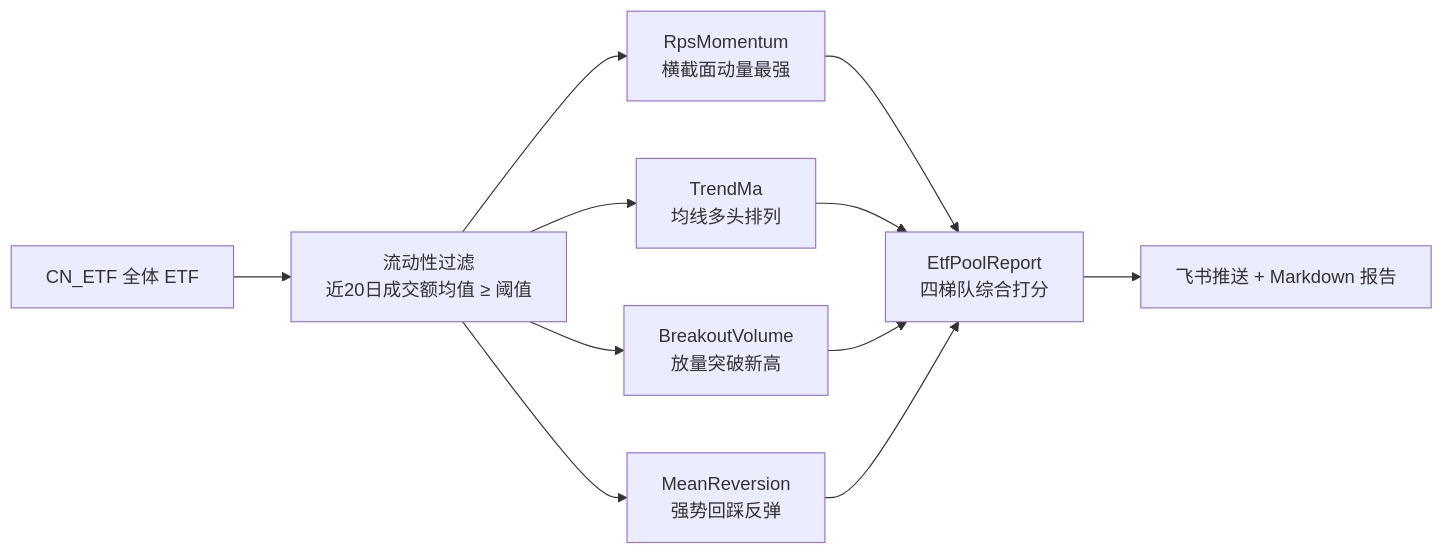
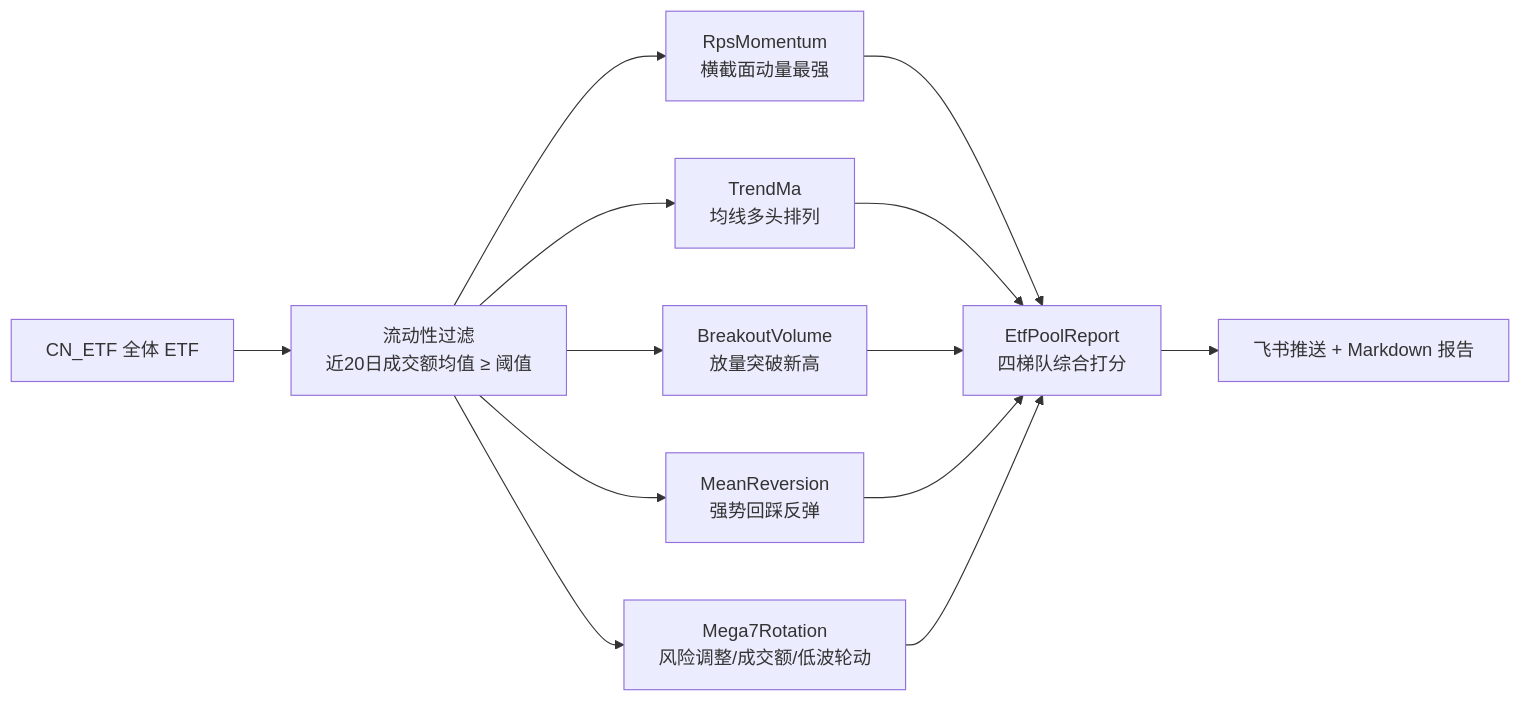
The fourth of 5 diagrams in docs/architecture.md (zongyangbigpolo/Matrix), drawn with Mermaid before and after one commit. The commit also changed other lines of this file and 15 other files, not shown here.

````diff
--- a/docs/architecture.md
+++ b/docs/architecture.md
@@ -155,13 +156,15 @@
 ```mermaid
 flowchart LR
     U["CN_ETF 全体 ETF"] --> F["流动性过滤<br/>近20日成交额均值 ≥ 阈值"]
     F --> M["RpsMomentum<br/>横截面动量最强"]
     F --> T["TrendMa<br/>均线多头排列"]
     F --> B["BreakoutVolume<br/>放量突破新高"]
     F --> R["MeanReversion<br/>强势回踩反弹"]
+    F --> G["Mega7Rotation<br/>风险调整/成交额/低波轮动"]
     M --> P["EtfPoolReport<br/>四梯队综合打分"]
     T --> P
     B --> P
     R --> P
+    G --> P
     P --> OUT["飞书推送 + Markdown 报告"]
 ```
````
